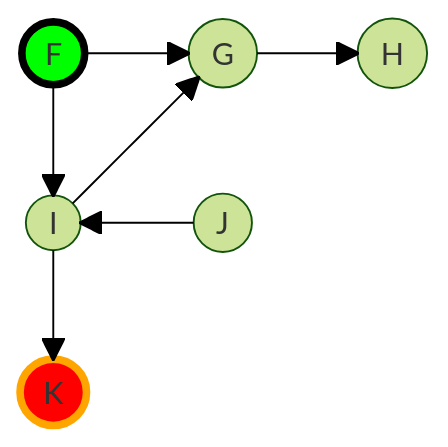
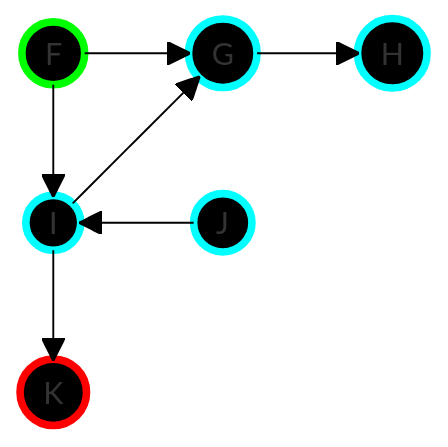
The second of 2 diagrams in Graphs/DFS_BFS/README.md (BradleyGilden/DSA-Practice), drawn with Mermaid (forest theme) before and after one commit. The commit also changed other lines of this file, not shown here.

````diff
--- a/Graphs/DFS_BFS/README.md
+++ b/Graphs/DFS_BFS/README.md
@@ -34,19 +39,24 @@
 ```mermaid
   block-beta
   columns 5
   F(("&nbsp;&nbsp;F&nbsp;&nbsp;")) space G(("&nbsp;&nbsp;G&nbsp;&nbsp;")) space H(("&nbsp;&nbsp;H&nbsp;&nbsp;"))
   space space space space space
   I(("&nbsp;&nbsp;I&nbsp;&nbsp;")) space J(("&nbsp;&nbsp;J&nbsp;&nbsp;"))
   space space space space space space space
   K(("&nbsp;&nbsp;K&nbsp;&nbsp;"))
 
   F-->G
   G-->H
   F-->I
   I-->G
   J-->I
   I-->K
 
-  style F fill:lime,stroke:black,stroke-width:4px,color:black
-  style K fill:red,stroke:orange,stroke-width:4px,color:white
+  style F fill:black,stroke:lime,stroke-width:4px,color:lime
+  style K fill:black,stroke:red,stroke-width:4px,color:red
+
+  style G fill:black,stroke:cyan,stroke-width:4px,color:cyan
+  style H fill:black,stroke:cyan,stroke-width:4px,color:cyan
+  style I fill:black,stroke:cyan,stroke-width:4px,color:cyan
+  style J fill:black,stroke:cyan,stroke-width:4px,color:cyan
 ```
````
